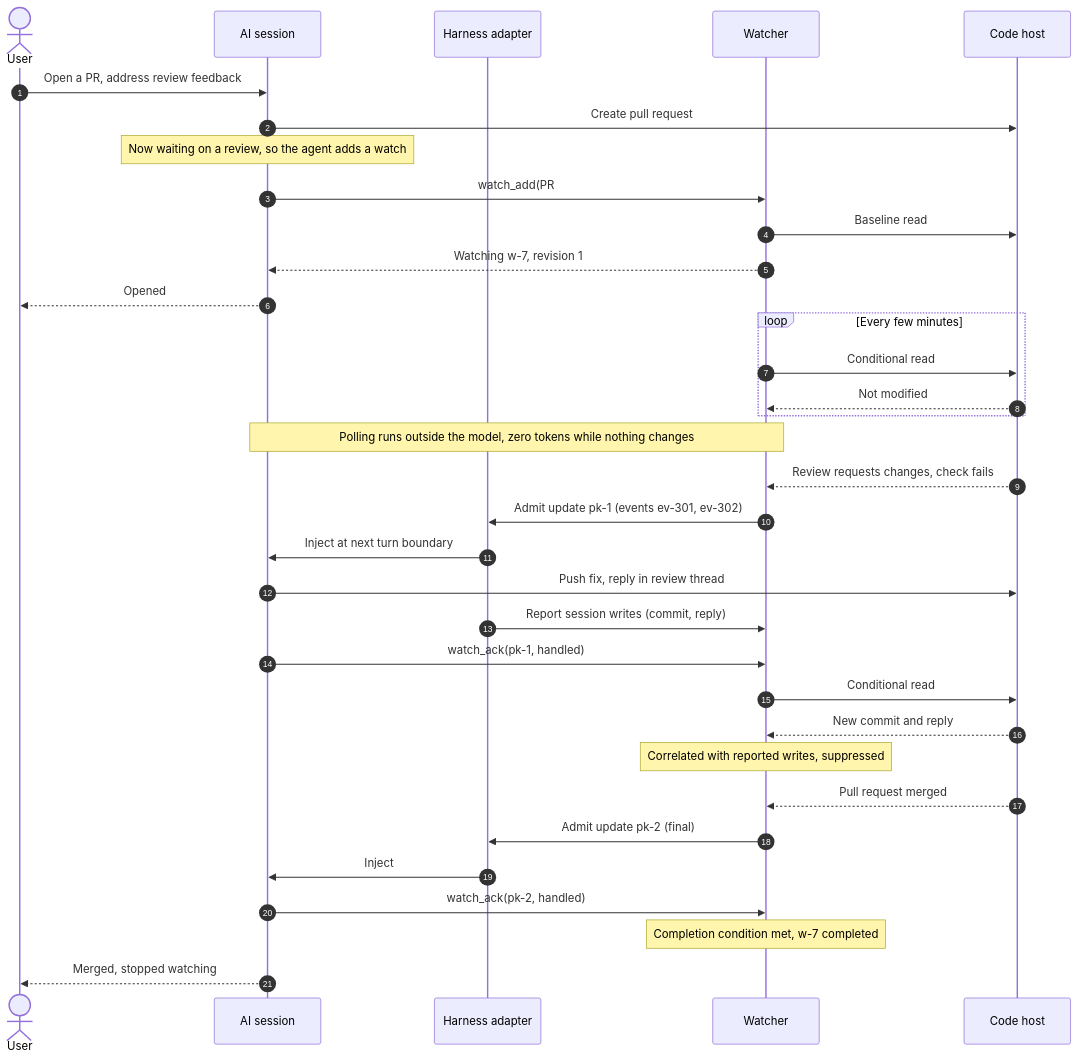
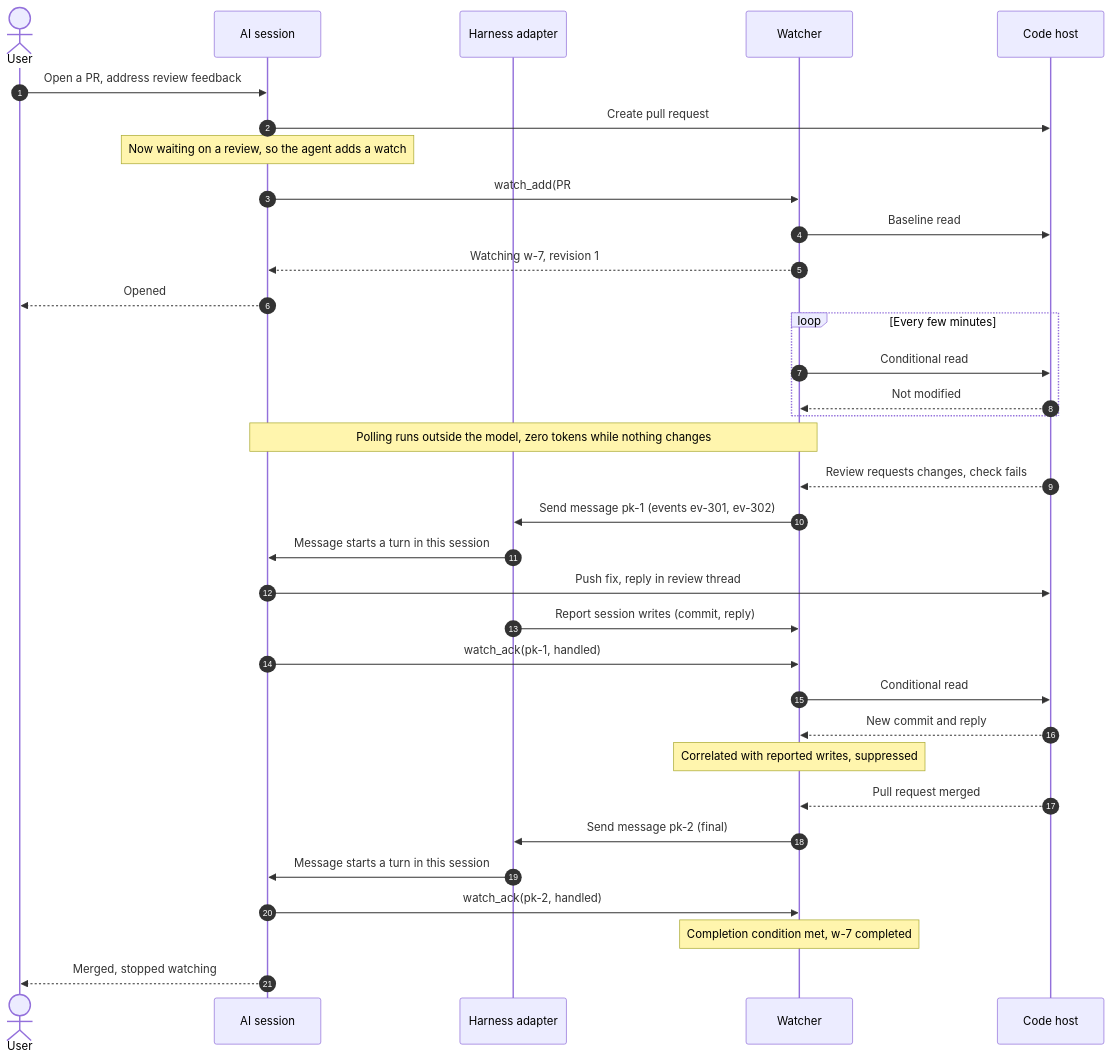
The diagram in docs/session-interaction.md (cschneider/session-source-watcher), drawn with Mermaid before and after one commit. The commit also changed other lines of this file and 2 other files, not shown here.

Commit message:
docs: describe change delivery as a watcher message into the session

````diff
--- a/docs/session-interaction.md
+++ b/docs/session-interaction.md
@@ -47,41 +47,41 @@
 ```mermaid
 sequenceDiagram
     autonumber
     actor U as User
     participant S as AI session
     participant H as Harness adapter
     participant W as Watcher
     participant G as Code host
 
     U->>S: Open a PR, address review feedback
     S->>G: Create pull request #42
     Note over S: Now waiting on a review, so the agent adds a watch
     S->>W: watch_add(PR #42, reviews+checks+state, until merged, 7d)
     W->>G: Baseline read
     W-->>S: Watching w-7, revision 1
     S-->>U: Opened #42, watching reviews and checks
 
     loop Every few minutes
         W->>G: Conditional read
         G-->>W: Not modified
     end
     Note over S,W: Polling runs outside the model, zero tokens while nothing changes
 
     G-->>W: Review requests changes, check fails
-    W->>H: Admit update pk-1 (events ev-301, ev-302)
-    H->>S: Inject at next turn boundary
+    W->>H: Send message pk-1 (events ev-301, ev-302)
+    H->>S: Message starts a turn in this session
     S->>G: Push fix, reply in review thread
     H->>W: Report session writes (commit, reply)
     S->>W: watch_ack(pk-1, handled)
 
     W->>G: Conditional read
     G-->>W: New commit and reply
     Note over W: Correlated with reported writes, suppressed
 
     G-->>W: Pull request merged
-    W->>H: Admit update pk-2 (final)
-    H->>S: Inject
+    W->>H: Send message pk-2 (final)
+    H->>S: Message starts a turn in this session
     S->>W: watch_ack(pk-2, handled)
     Note over W: Completion condition met, w-7 completed
     S-->>U: Merged, stopped watching
 ```
````
